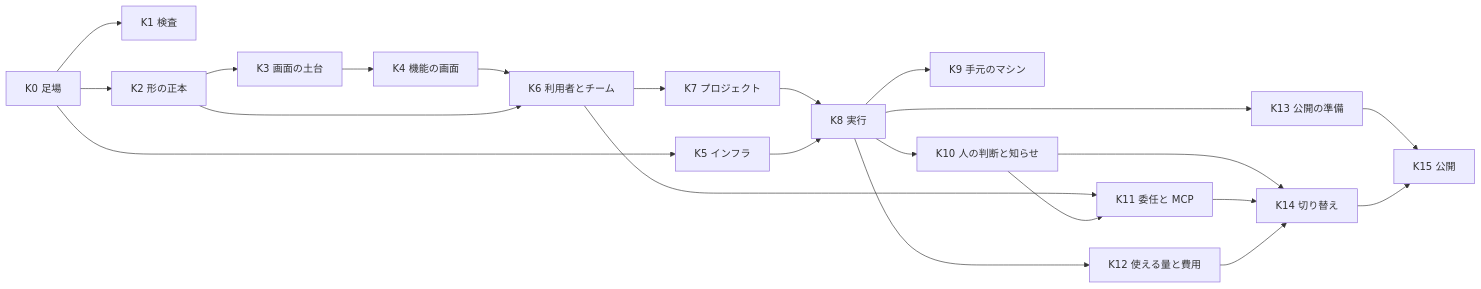
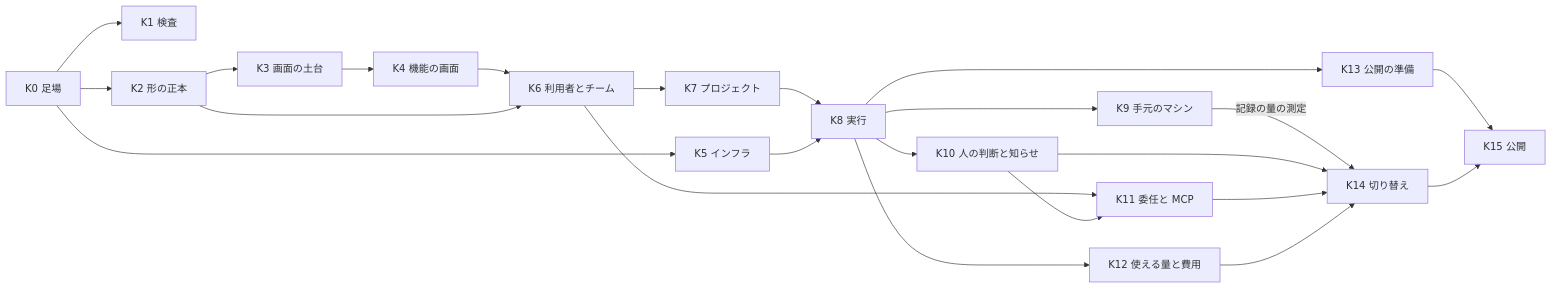
Before and after one commit to devbasex/nd-factory: the diagram in issues/issue-24-process/plan.md, drawn with Mermaid. The commit also changed other lines of this file and 2 other files, not shown here.

````diff
--- a/issues/issue-24-process/plan.md
+++ b/issues/issue-24-process/plan.md
@@ -48,24 +48,25 @@
 ```mermaid
 graph LR
   K0[K0 足場] --> K1[K1 検査]
   K0 --> K2[K2 形の正本]
   K0 --> K5[K5 インフラ]
   K2 --> K3[K3 画面の土台]
   K3 --> K4[K4 機能の画面]
   K4 --> K6[K6 利用者とチーム]
   K2 --> K6
   K6 --> K7[K7 プロジェクト]
   K7 --> K8[K8 実行]
   K5 --> K8
   K8 --> K9[K9 手元のマシン]
   K8 --> K10[K10 人の判断と知らせ]
   K8 --> K12[K12 使える量と費用]
   K8 --> K13[K13 公開の準備]
   K6 --> K11[K11 委任と MCP]
   K10 --> K11
-  K10 --> K14[K14 切り替え]
+  K9 -->|記録の量の測定| K14[K14 切り替え]
+  K10 --> K14
   K11 --> K14
   K12 --> K14
   K13 --> K15[K15 公開]
   K14 --> K15
 ```
````
